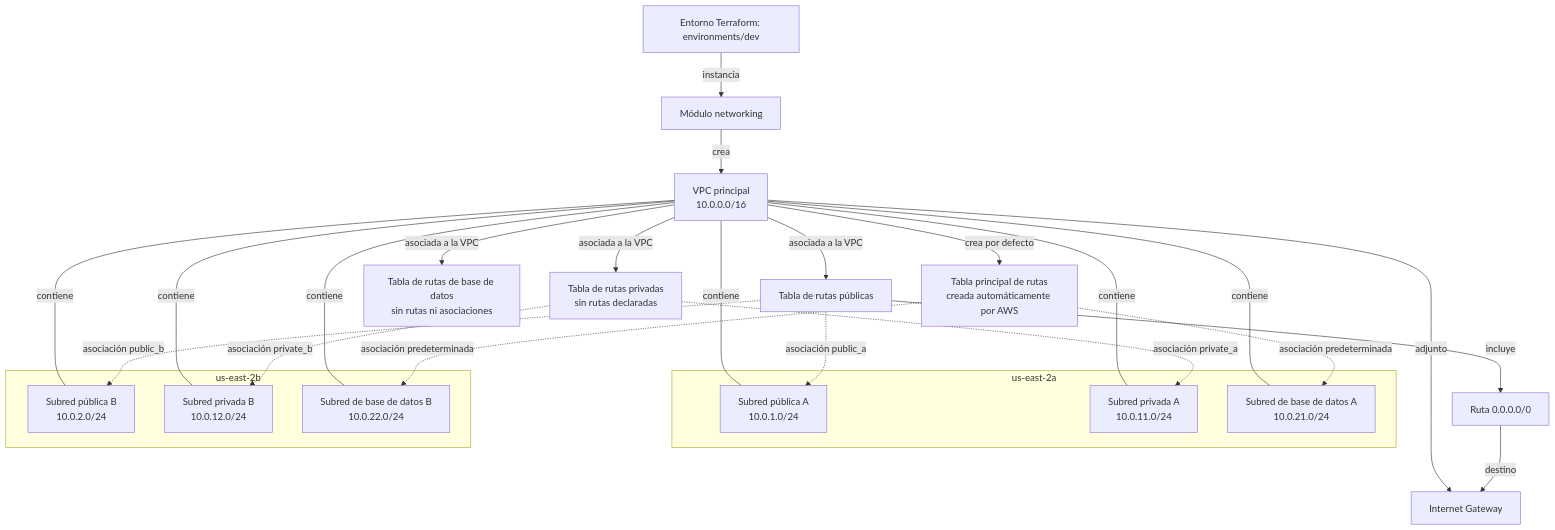
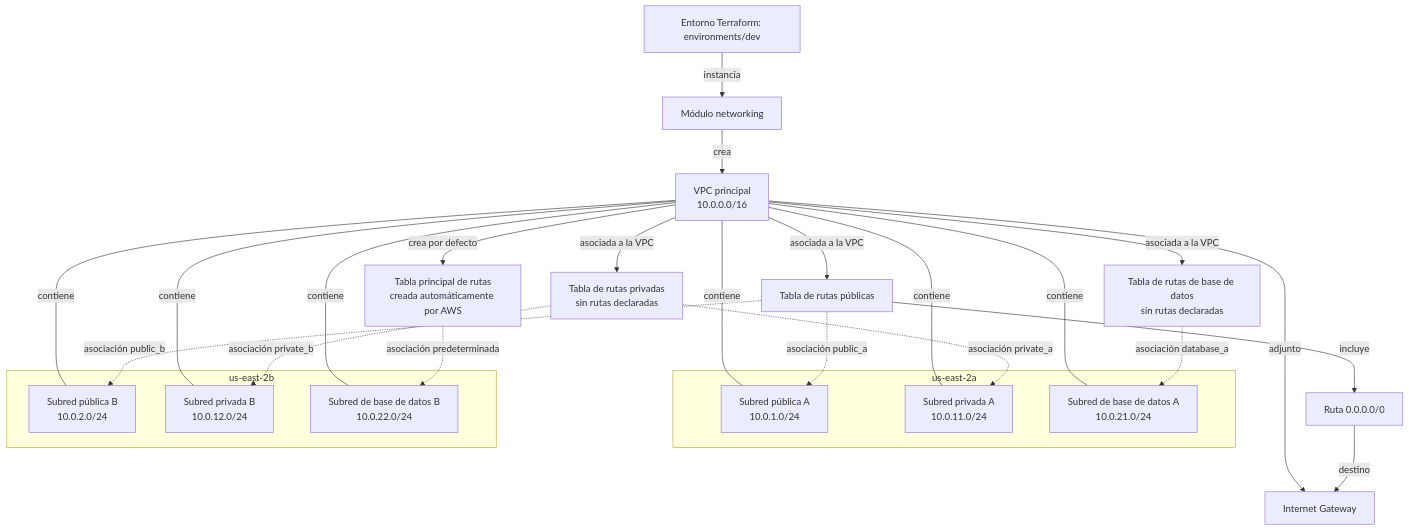
Before and after one commit to STRADIVARIUS590/AWS-Infrastructure-Platform: the second of 2 diagrams in doc/README.md, drawn with Mermaid. The commit also changed other lines of this file and 2 other files, not shown here.

Commit message:
feat(networking): associate database subnet A with database route table

````diff
--- a/doc/README.md
+++ b/doc/README.md
@@ -51,46 +51,46 @@
 ```mermaid
 flowchart TB
     Dev["Entorno Terraform: environments/dev"]
     Module["Módulo networking"]
     VPC["VPC principal<br/>10.0.0.0/16"]
     IGW["Internet Gateway"]
     MainRT["Tabla principal de rutas<br/>creada automáticamente por AWS"]
     PublicRT["Tabla de rutas públicas"]
     PrivateRT["Tabla de rutas privadas<br/>sin rutas declaradas"]
-    DatabaseRT["Tabla de rutas de base de datos<br/>sin rutas ni asociaciones"]
+    DatabaseRT["Tabla de rutas de base de datos<br/>sin rutas declaradas"]
     DefaultRoute["Ruta 0.0.0.0/0"]
 
     subgraph AZA["us-east-2a"]
         PubA["Subred pública A<br/>10.0.1.0/24"]
         PrivA["Subred privada A<br/>10.0.11.0/24"]
         DBA["Subred de base de datos A<br/>10.0.21.0/24"]
     end
 
     subgraph AZB["us-east-2b"]
         PubB["Subred pública B<br/>10.0.2.0/24"]
         PrivB["Subred privada B<br/>10.0.12.0/24"]
         DBB["Subred de base de datos B<br/>10.0.22.0/24"]
     end
 
     Dev -->|"instancia"| Module
     Module -->|"crea"| VPC
     VPC ---|"contiene"| PubA
     VPC ---|"contiene"| PubB
     VPC ---|"contiene"| PrivA
     VPC ---|"contiene"| PrivB
     VPC ---|"contiene"| DBA
     VPC ---|"contiene"| DBB
     VPC -->|"adjunto"| IGW
     VPC -->|"crea por defecto"| MainRT
     VPC -->|"asociada a la VPC"| PublicRT
     VPC -->|"asociada a la VPC"| PrivateRT
     VPC -->|"asociada a la VPC"| DatabaseRT
-    MainRT -.->|"asociación predeterminada"| DBA
     MainRT -.->|"asociación predeterminada"| DBB
     PublicRT -->|"incluye"| DefaultRoute
     DefaultRoute -->|"destino"| IGW
     PublicRT -.->|"asociación public_a"| PubA
     PublicRT -.->|"asociación public_b"| PubB
     PrivateRT -.->|"asociación private_a"| PrivA
     PrivateRT -.->|"asociación private_b"| PrivB
+    DatabaseRT -.->|"asociación database_a"| DBA
 ```
````
